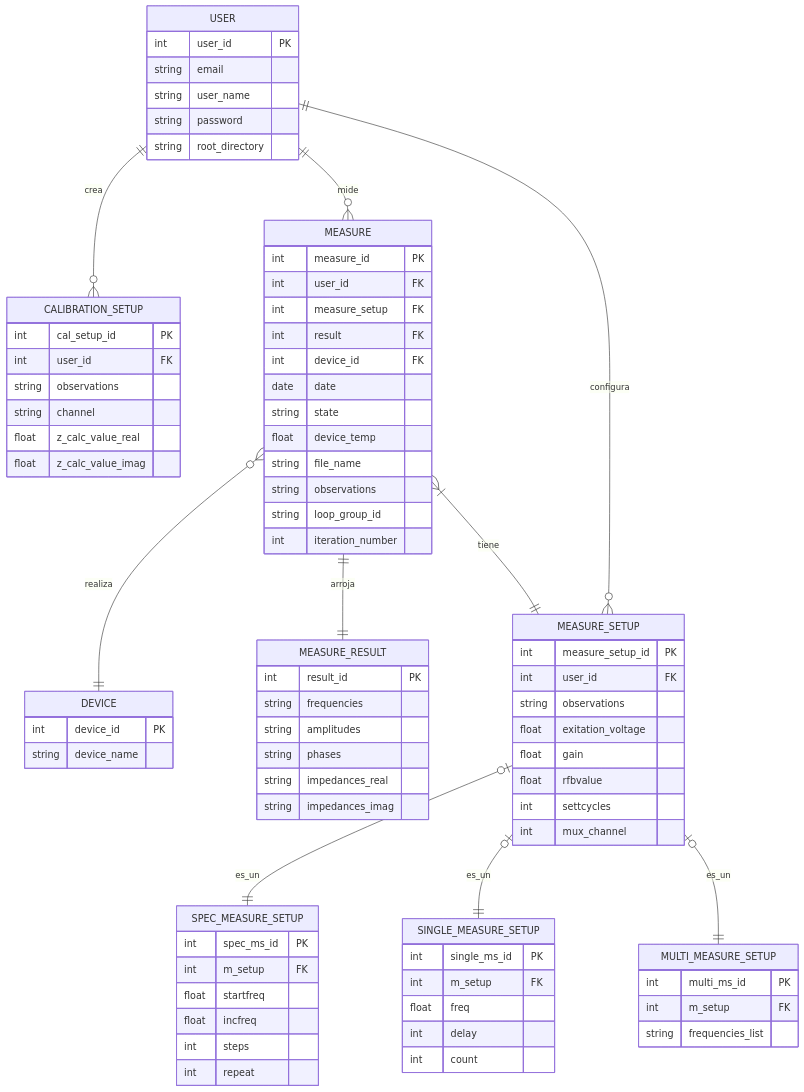
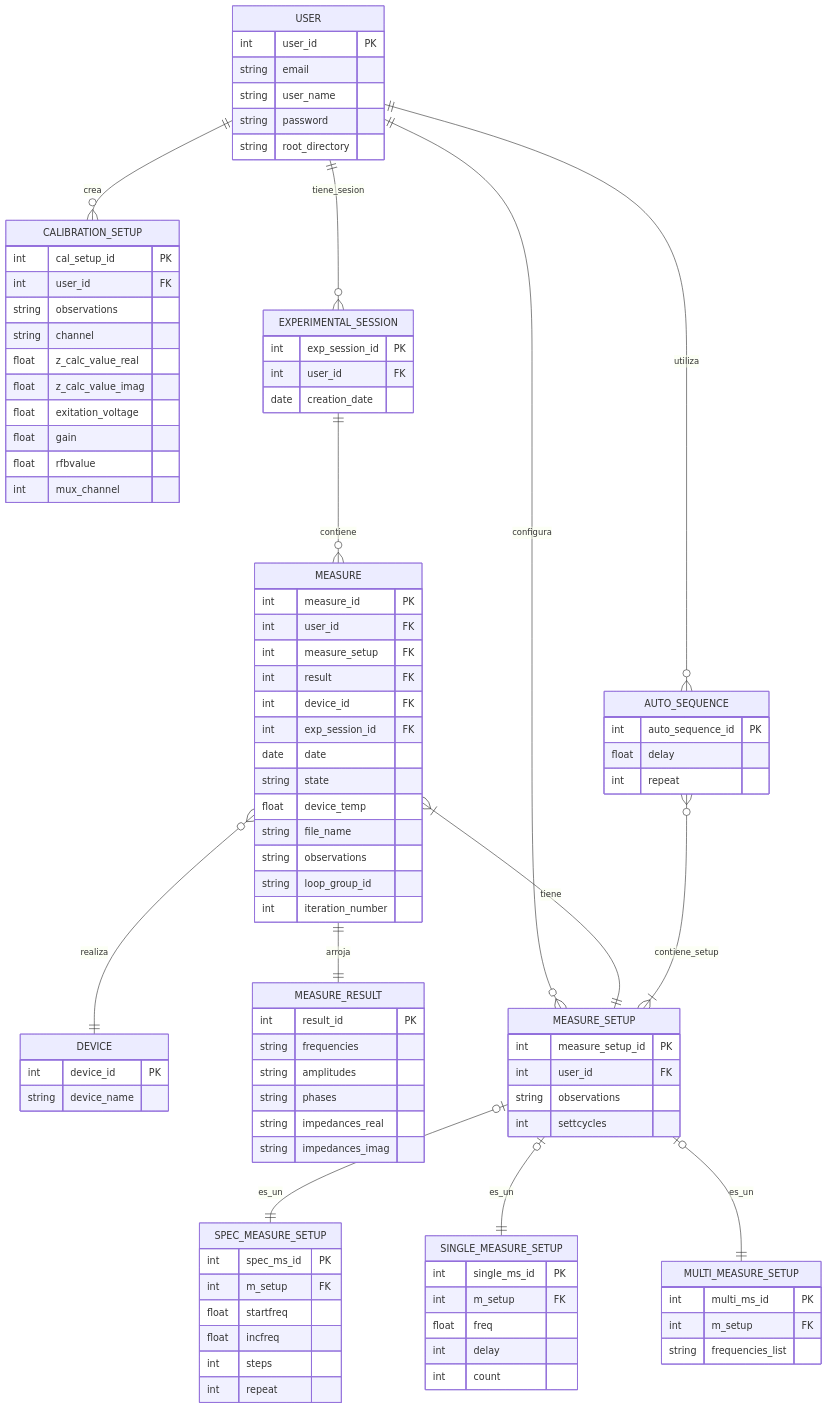
Before and after one commit to alegrelias/Repo-GMini: the fourth of 4 diagrams in Gmini-MarkDown/Diagramas/Diseño de base de datos.md, drawn with Mermaid.

Commit message:
Se modifica DER

```diff
--- a/Gmini-MarkDown/Diagramas/Diseño de base de datos.md
+++ b/Gmini-MarkDown/Diagramas/Diseño de base de datos.md
@@ -46,6 +46,10 @@
 	string channel
 	float z_calc_value_real
 	float z_calc_value_imag
+	float exitation_voltage
+	float gain
+	float rfbvalue
+	int mux_channel
 }
 
 MEASURE{
@@ -54,6 +58,7 @@
 	int measure_setup FK
 	int result FK
 	int device_id FK
+	int exp_session_id FK
 	date date
 	string state
 	float device_temp
@@ -81,11 +86,7 @@
 	int measure_setup_id PK
 	int user_id FK
 	string observations
-	float exitation_voltage
-	float gain
-	float rfbvalue
 	int settcycles
-	int mux_channel
 }
 
 SPEC_MEASURE_SETUP{
@@ -111,9 +112,25 @@
 	string frequencies_list
 }
 
-USER ||--o{ MEASURE : mide
+EXPERIMENTAL_SESSION{
+	int exp_session_id PK
+	int user_id FK
+	date creation_date
+}
+
+AUTO_SEQUENCE{
+	int auto_sequence_id PK
+	float delay
+	int repeat
+}
+
+USER ||--o{ EXPERIMENTAL_SESSION : tiene_sesion
+
+EXPERIMENTAL_SESSION ||--o{ MEASURE : contiene
 
 USER ||--o{ CALIBRATION_SETUP : crea
+
+USER ||--o{ AUTO_SEQUENCE : utiliza
 
 USER ||--o{ MEASURE_SETUP : configura
 
@@ -123,6 +140,8 @@
 
 MEASURE o{--|| DEVICE : realiza
 
+AUTO_SEQUENCE o{--|{ MEASURE_SETUP : contiene_setup
+
 MEASURE_SETUP o|--|| SPEC_MEASURE_SETUP : es_un
 MEASURE_SETUP o|--|| SINGLE_MEASURE_SETUP : es_un
 MEASURE_SETUP o|--|| MULTI_MEASURE_SETUP : es_un
```
